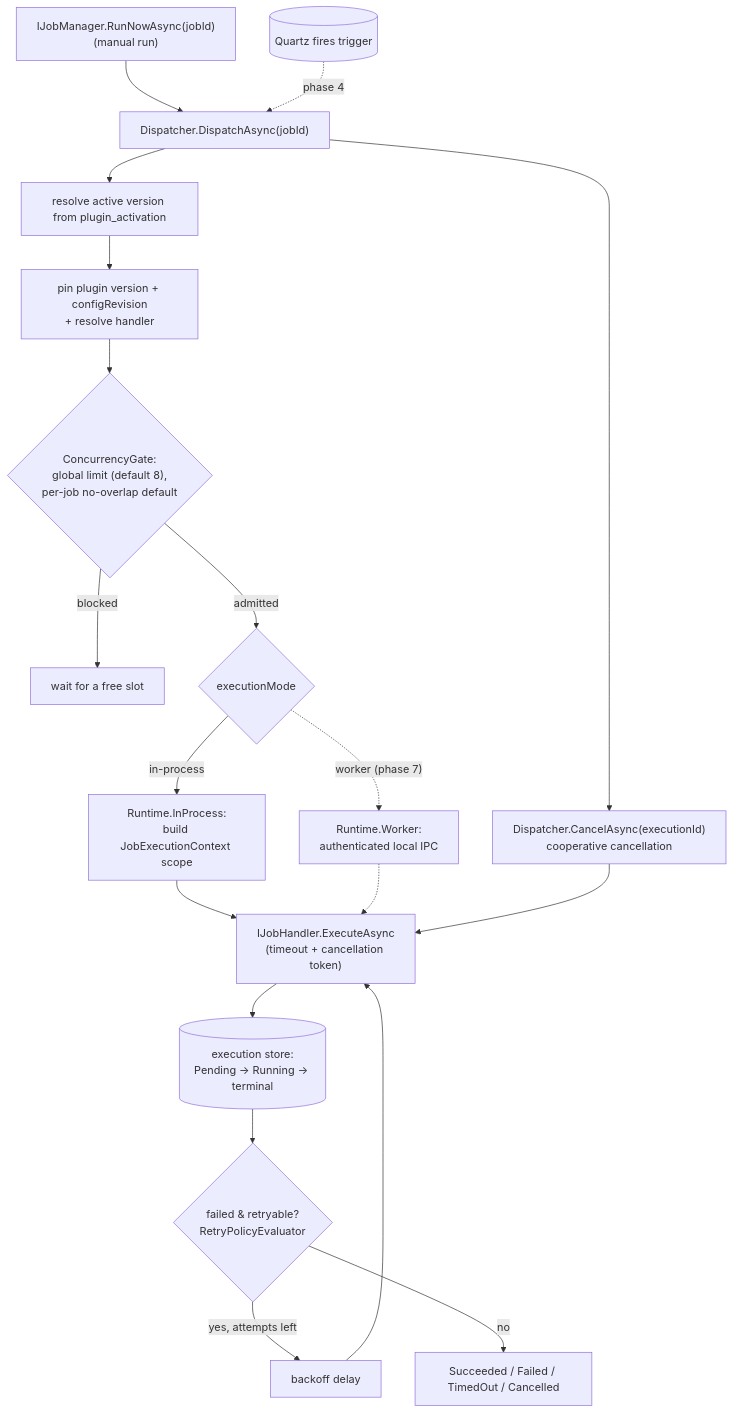
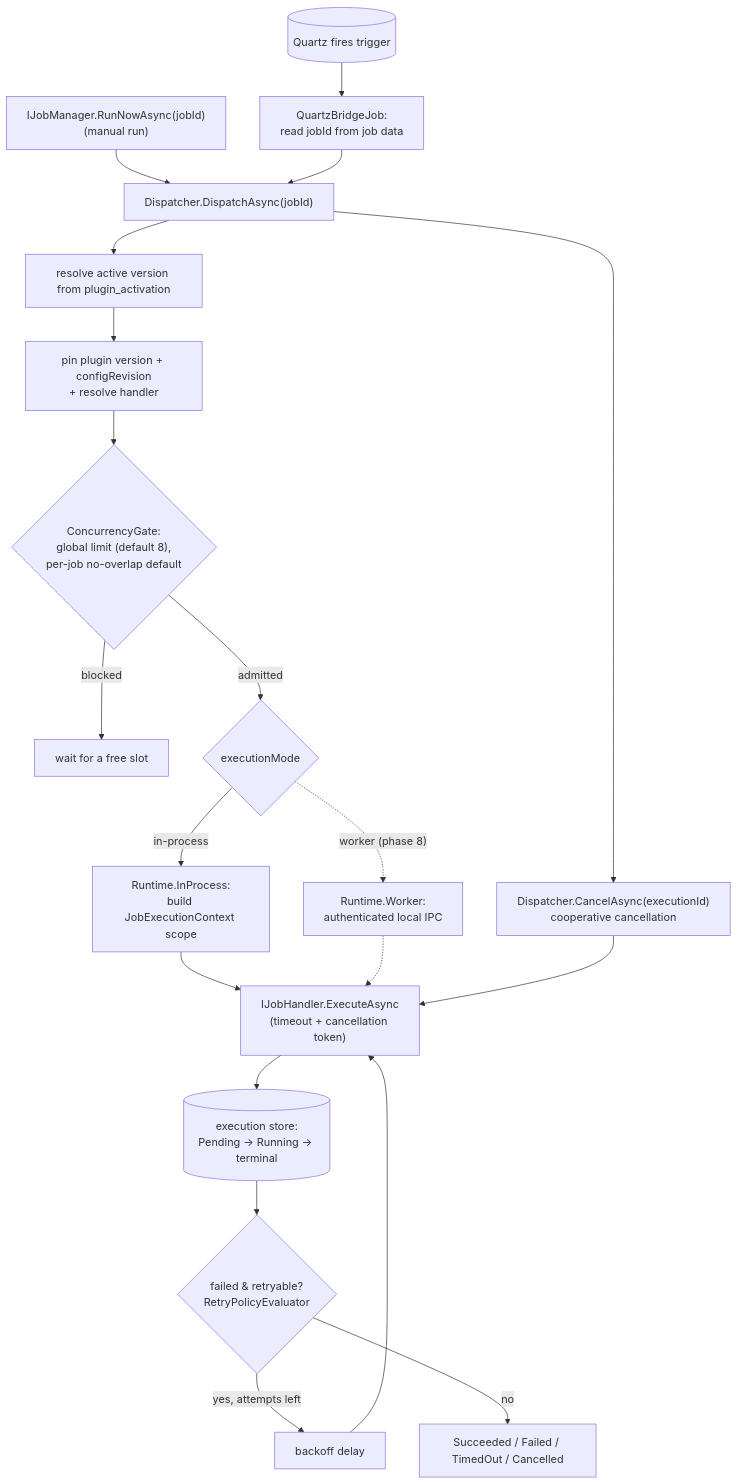
One commit to nicknad/job-scheduler changed the third of 5 diagrams in docs/graphs/plugin-workflows.md. Above: the diagram before and after it, drawn with Mermaid. The commit also changed other lines of this file and 40 other files, not shown here.

First line of the commit message:
feat(scheduling): implement Phase 4 Quartz integration and reconciliation

````diff
--- a/docs/graphs/plugin-workflows.md
+++ b/docs/graphs/plugin-workflows.md
@@ -74,21 +75,22 @@
 ```mermaid
 flowchart TD
   RUN["IJobManager.RunNowAsync(jobId)<br/>(manual run)"] --> DISP["Dispatcher.DispatchAsync(jobId)"]
-  QZ[("Quartz fires trigger")] -. "phase 4" .-> DISP
+  QZ[("Quartz fires trigger")] --> BRIDGE["QuartzBridgeJob:<br/>read jobId from job data"]
+  BRIDGE --> DISP
   DISP --> RES["resolve active version from plugin_activation"]
   RES --> PIN["pin plugin version + configRevision<br/>+ resolve handler"]
   PIN --> CONC{"ConcurrencyGate:<br/>global limit (default 8),<br/>per-job no-overlap default"}
   CONC -- "blocked" --> WAIT["wait for a free slot"]
   CONC -- "admitted" --> MODE{"executionMode"}
   MODE -- "in-process" --> IP["Runtime.InProcess:<br/>build JobExecutionContext scope"]
-  MODE -. "worker (phase 7)" .-> WK["Runtime.Worker:<br/>authenticated local IPC"]
+  MODE -. "worker (phase 8)" .-> WK["Runtime.Worker:<br/>authenticated local IPC"]
   IP --> H["IJobHandler.ExecuteAsync<br/>(timeout + cancellation token)"]
   WK -.-> H
   H --> EXEC[("execution store:<br/>Pending → Running → terminal")]
   EXEC --> RET{"failed &amp; retryable?<br/>RetryPolicyEvaluator"}
   RET -- "yes, attempts left" --> BACKOFF["backoff delay"]
   BACKOFF --> H
   RET -- "no" --> DONE["Succeeded / Failed / TimedOut / Cancelled"]
   DISP --> CANCEL["Dispatcher.CancelAsync(executionId)<br/>cooperative cancellation"]
   CANCEL --> H
 ```
````
